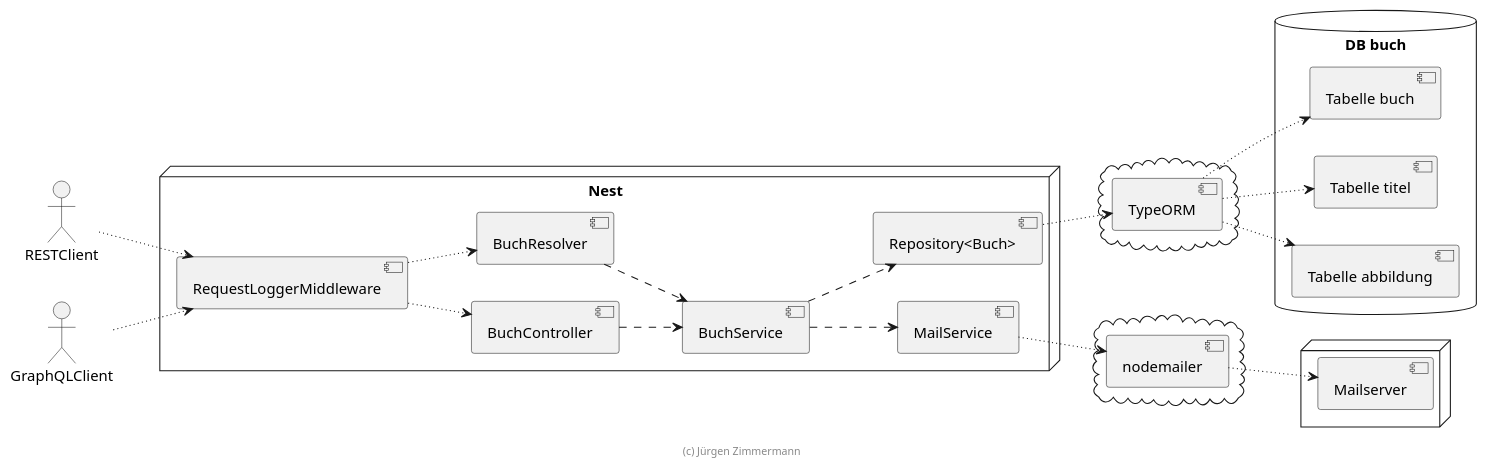
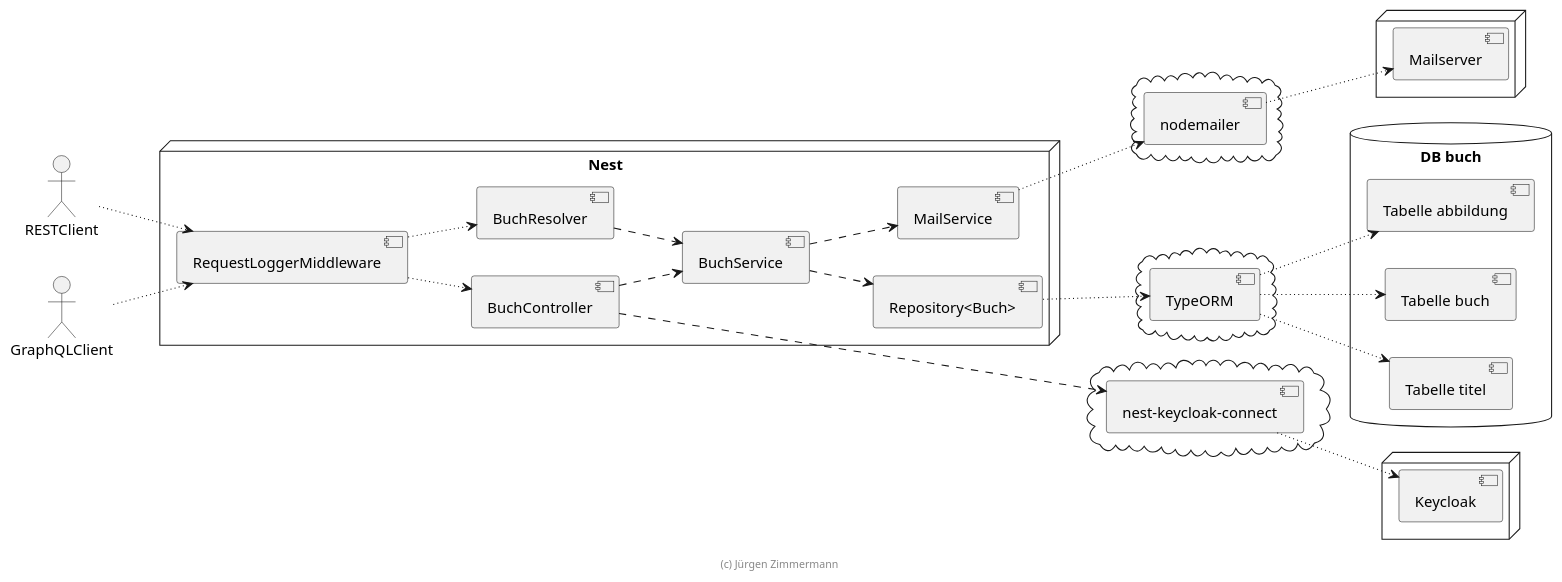
One commit to juergenzimmermann/buch changed the diagram in .extras/doc/projekthandbuch/komponenten.plantuml. Above: the diagram before and after it, drawn with PlantUML. The commit also changed 6 other files, not shown here.

```diff
--- a/.extras/doc/projekthandbuch/komponenten.plantuml
+++ b/.extras/doc/projekthandbuch/komponenten.plantuml
@@ -18,61 +18,74 @@
 @startuml Komponenten
 
 left to right direction
 
 actor RESTClient
 actor GraphQLClient
 
 node "Nest" {
   [RequestLoggerMiddleware]
 
   [BuchController]
   [BuchResolver]
 
   [BuchService]
 
   [Repository<Buch>]
 
   [MailService]
 }
 
 
 cloud {
     [TypeORM]
 }
 
 cloud {
+    [nest-keycloak-connect]
+}
+
+cloud {
     [nodemailer]
 }
 
 database "DB buch" {
     [Tabelle buch]
     [Tabelle titel]
     [Tabelle abbildung]
+}
+
+node {
+    [Keycloak]
 }
 
 node {
     [Mailserver]
 }
 
 RESTClient ~~> [RequestLoggerMiddleware]
 GraphQLClient ~~> [RequestLoggerMiddleware]
 
 [RequestLoggerMiddleware] ~~> [BuchController]
 [RequestLoggerMiddleware] ~~> [BuchResolver]
 
 [BuchController] ..> [BuchService]
 [BuchResolver] ..> [BuchService]
 [BuchService] ..> [Repository<Buch>]
 
 [Repository<Buch>] ~~> [TypeORM]
 [TypeORM] ~~> [Tabelle buch]
 [TypeORM] ~~> [Tabelle titel]
 [TypeORM] ~~> [Tabelle abbildung]
 
+[BuchController] ..> [nest-keycloak-connect]
+[nest-keycloak-connect] ~~> [Keycloak]
+
 [BuchService] ..> [MailService]
 [MailService] ~~> [nodemailer]
 [nodemailer] ~~> [Mailserver]
 
+[MailService] ~[hidden]~> [nest-keycloak-connect]
+
 footer (c) Jürgen Zimmermann
 
 @enduml
```
